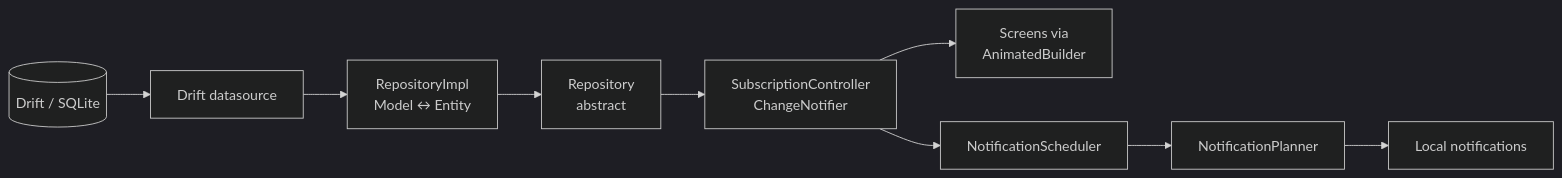
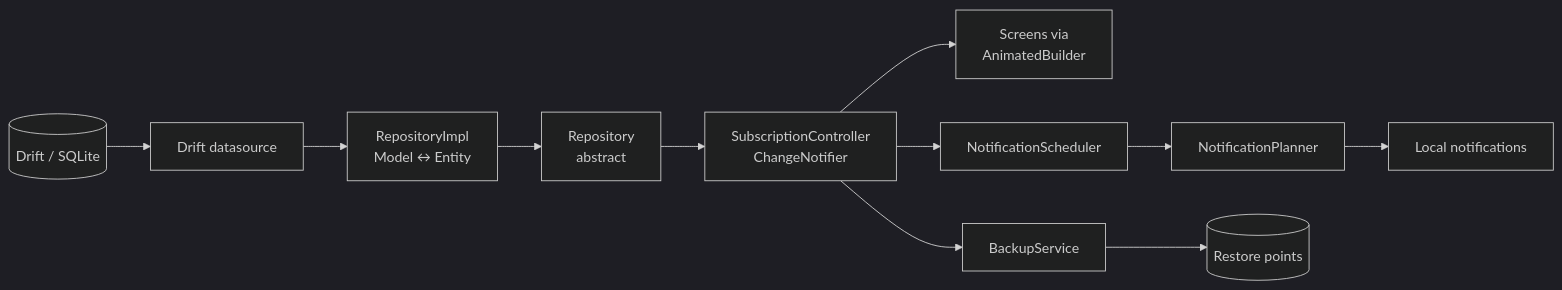
Before and after one commit to syedarhamraza/one-spend: the diagram in README.md, drawn with Mermaid (dark theme). The commit also changed other lines of this file and 2 other files, not shown here.

````diff
--- a/README.md
+++ b/README.md
@@ -288,10 +253,11 @@
 ```mermaid
 flowchart LR
     DB[(Drift / SQLite)] --> DS[Drift datasource]
     DS --> RI[RepositoryImpl<br/>Model ↔ Entity]
     RI --> R[Repository<br/>abstract]
     R --> C[SubscriptionController<br/>ChangeNotifier]
     C --> UI[Screens via<br/>AnimatedBuilder]
     C --> NS[NotificationScheduler]
     NS --> NP[NotificationPlanner] --> LN[Local notifications]
+    C --> BS[BackupService] --> RP[(Restore points)]
 ```
````
